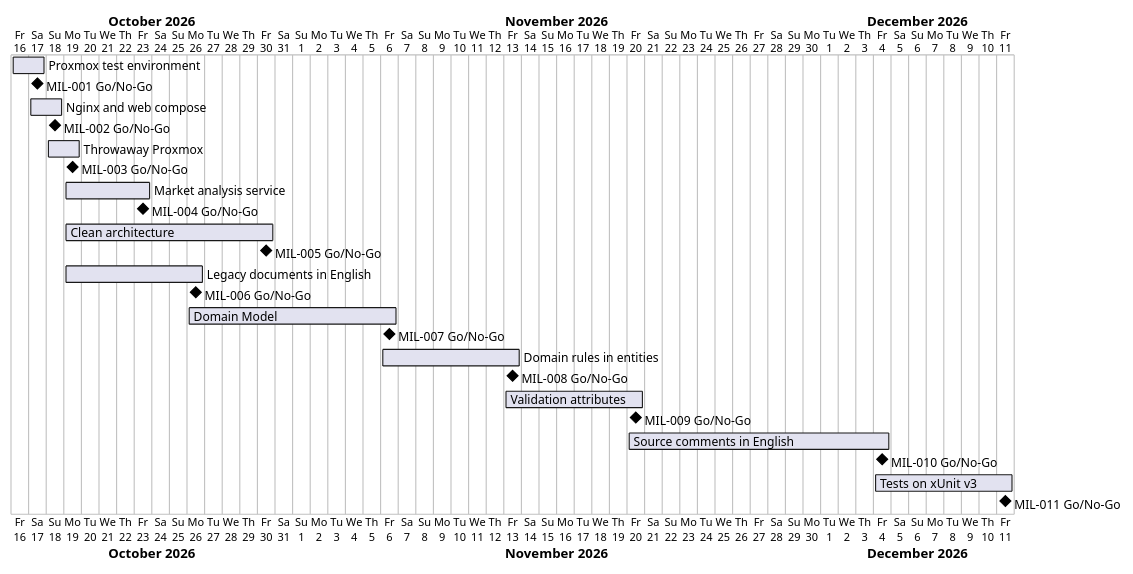
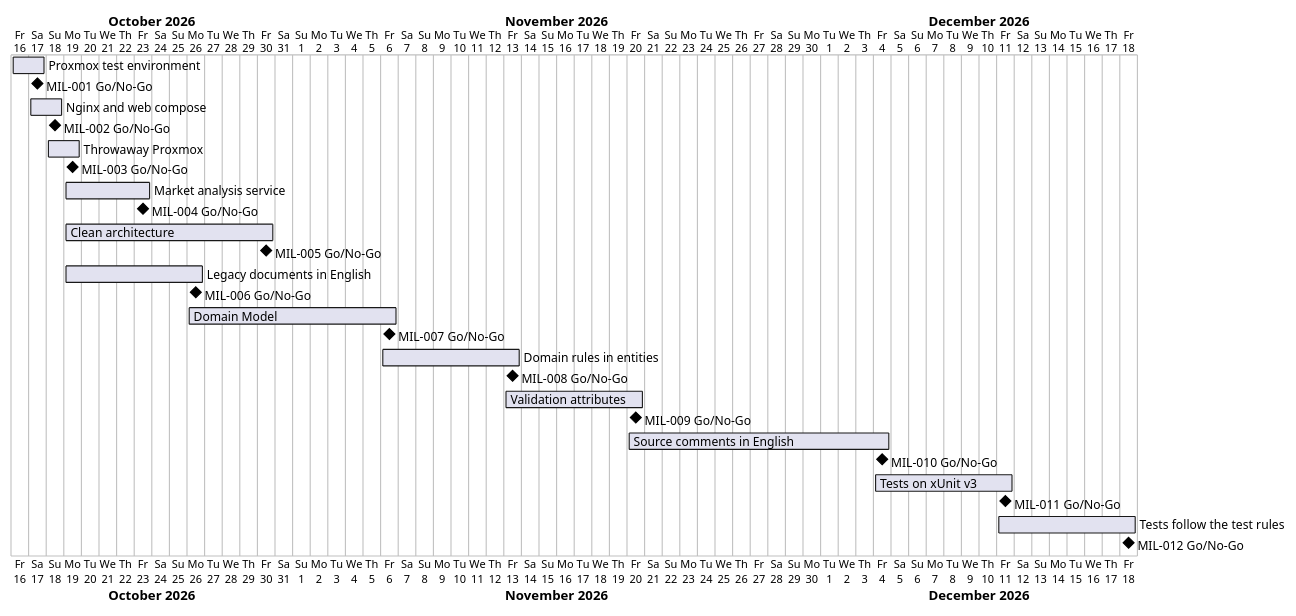
One commit to NF-Hotel/NFHotel changed the diagram in docs/project-plan.md. Above: the diagram before and after it, drawn with PlantUML. The commit also changed other lines of this file and 5 other files, not shown here.

First line of the commit message:
Plan the test rules milestone (MIL-012)

````diff
--- a/docs/project-plan.md
+++ b/docs/project-plan.md
@@ -48,27 +50,29 @@
 ```plantuml
 @startgantt
 Project starts 2026-10-16
 [Proxmox test environment] starts 2026-10-16 and ends 2026-10-17
 [MIL-001 Go/No-Go] happens 2026-10-17
 [Nginx and web compose] starts 2026-10-17 and ends 2026-10-18
 [MIL-002 Go/No-Go] happens 2026-10-18
 [Throwaway Proxmox] starts 2026-10-18 and ends 2026-10-19
 [MIL-003 Go/No-Go] happens 2026-10-19
 [Market analysis service] starts 2026-10-19 and ends 2026-10-23
 [MIL-004 Go/No-Go] happens 2026-10-23
 [Clean architecture] starts 2026-10-19 and ends 2026-10-30
 [MIL-005 Go/No-Go] happens 2026-10-30
 [Legacy documents in English] starts 2026-10-19 and ends 2026-10-26
 [MIL-006 Go/No-Go] happens 2026-10-26
 [Domain Model] starts 2026-10-26 and ends 2026-11-06
 [MIL-007 Go/No-Go] happens 2026-11-06
 [Domain rules in entities] starts 2026-11-06 and ends 2026-11-13
 [MIL-008 Go/No-Go] happens 2026-11-13
 [Validation attributes] starts 2026-11-13 and ends 2026-11-20
 [MIL-009 Go/No-Go] happens 2026-11-20
 [Source comments in English] starts 2026-11-20 and ends 2026-12-04
 [MIL-010 Go/No-Go] happens 2026-12-04
 [Tests on xUnit v3] starts 2026-12-04 and ends 2026-12-11
 [MIL-011 Go/No-Go] happens 2026-12-11
+[Tests follow the test rules] starts 2026-12-11 and ends 2026-12-18
+[MIL-012 Go/No-Go] happens 2026-12-18
 @endgantt
 ```
````
